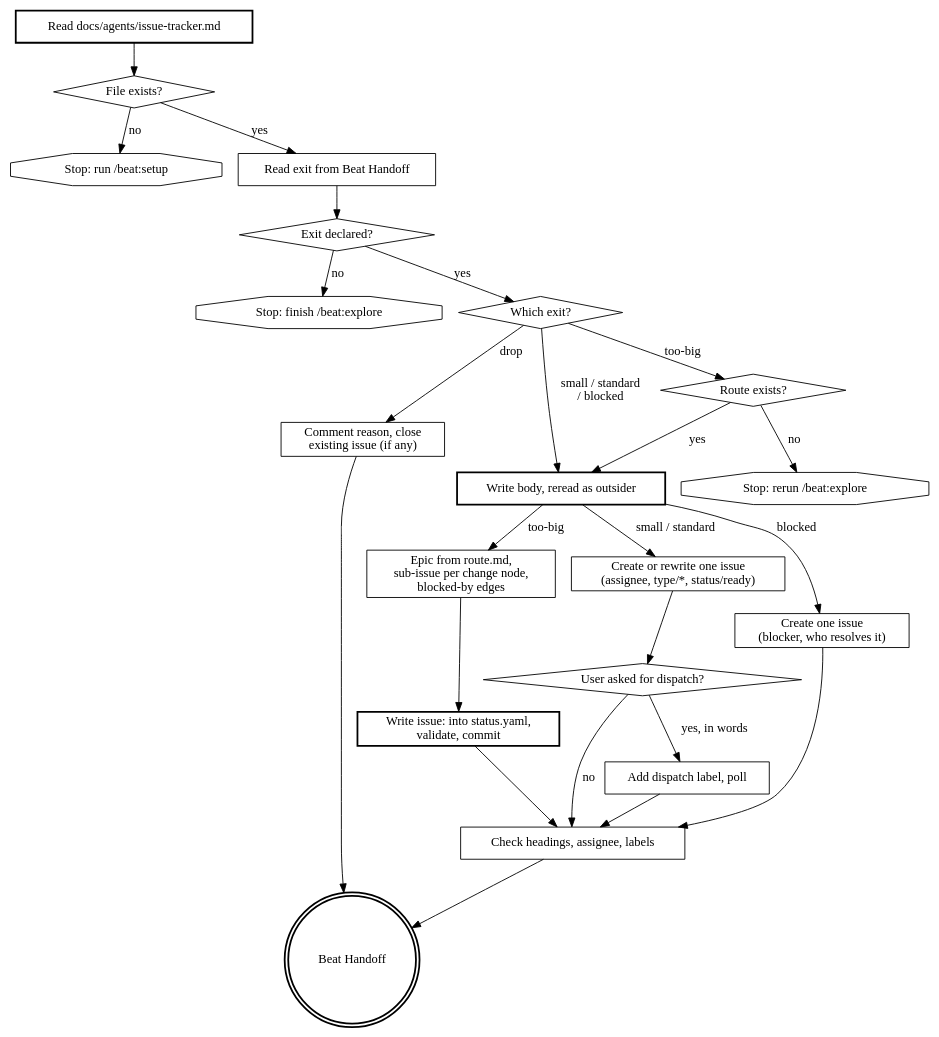
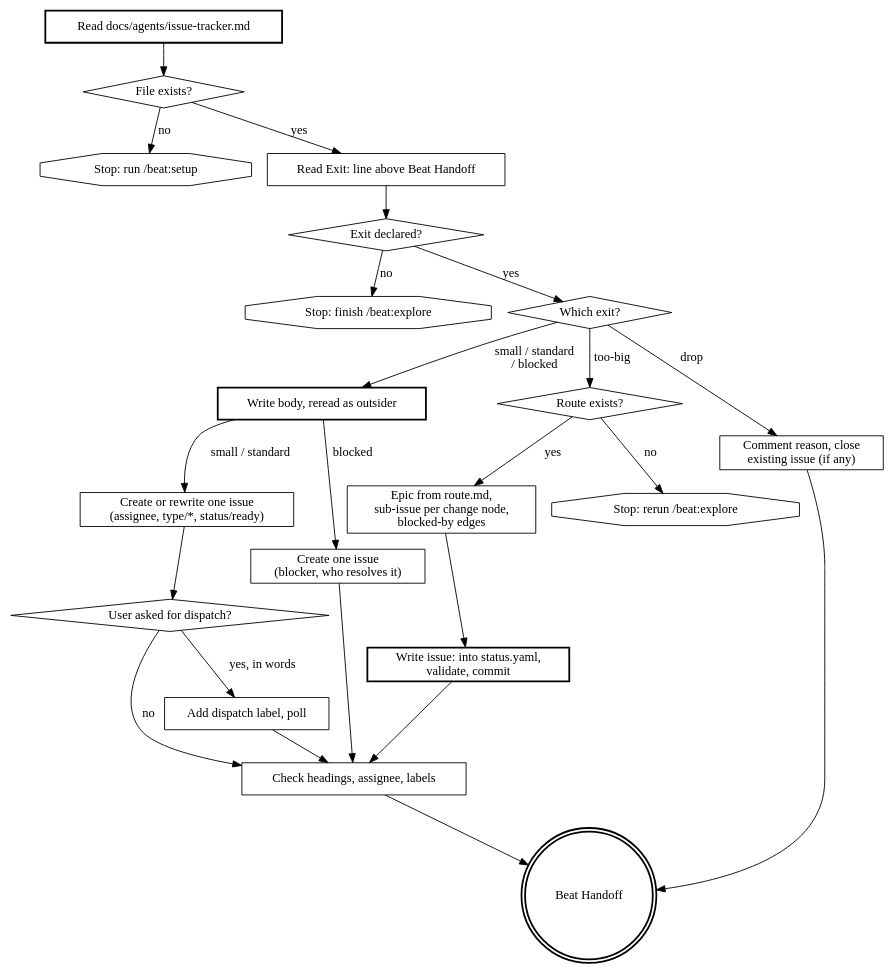
Before and after one commit to kirkchen/beat: the diagram in skills/to-issue/SKILL.md, drawn with Graphviz. The commit also changed other lines of this file and 11 other files, not shown here.

First line of the commit message:
fix(explore): print an Exit: line above the handoff block for /beat:to-issue

````diff
--- a/skills/to-issue/SKILL.md
+++ b/skills/to-issue/SKILL.md
@@ -79,47 +79,46 @@
 ```dot
 digraph to_issue {
     "Read docs/agents/issue-tracker.md" [shape=box, style=bold];
     "File exists?" [shape=diamond];
     "Stop: run /beat:setup" [shape=octagon];
-    "Read exit from Beat Handoff" [shape=box];
+    "Read Exit: line above Beat Handoff" [shape=box];
     "Exit declared?" [shape=diamond];
     "Stop: finish /beat:explore" [shape=octagon];
     "Which exit?" [shape=diamond];
     "Write body, reread as outsider" [shape=box, style=bold];
     "Create or rewrite one issue\n(assignee, type/*, status/ready)" [shape=box];
     "Create one issue\n(blocker, who resolves it)" [shape=box];
     "Comment reason, close\nexisting issue (if any)" [shape=box];
     "Route exists?" [shape=diamond];
     "Stop: rerun /beat:explore" [shape=octagon];
     "Epic from route.md,\nsub-issue per change node,\nblocked-by edges" [shape=box];
     "Write issue: into status.yaml,\nvalidate, commit" [shape=box, style=bold];
     "User asked for dispatch?" [shape=diamond];
     "Add dispatch label, poll" [shape=box];
     "Check headings, assignee, labels" [shape=box];
     "Beat Handoff" [shape=doublecircle, style=bold];
 
     "Read docs/agents/issue-tracker.md" -> "File exists?";
     "File exists?" -> "Stop: run /beat:setup" [label="no"];
-    "File exists?" -> "Read exit from Beat Handoff" [label="yes"];
-    "Read exit from Beat Handoff" -> "Exit declared?";
+    "File exists?" -> "Read Exit: line above Beat Handoff" [label="yes"];
+    "Read Exit: line above Beat Handoff" -> "Exit declared?";
     "Exit declared?" -> "Stop: finish /beat:explore" [label="no"];
     "Exit declared?" -> "Which exit?" [label="yes"];
     "Which exit?" -> "Write body, reread as outsider" [label="small / standard\n/ blocked"];
     "Which exit?" -> "Comment reason, close\nexisting issue (if any)" [label="drop"];
     "Which exit?" -> "Route exists?" [label="too-big"];
     "Write body, reread as outsider" -> "Create or rewrite one issue\n(assignee, type/*, status/ready)" [label="small / standard"];
     "Write body, reread as outsider" -> "Create one issue\n(blocker, who resolves it)" [label="blocked"];
     "Route exists?" -> "Stop: rerun /beat:explore" [label="no"];
-    "Route exists?" -> "Write body, reread as outsider" [label="yes"];
-    "Write body, reread as outsider" -> "Epic from route.md,\nsub-issue per change node,\nblocked-by edges" [label="too-big"];
+    "Route exists?" -> "Epic from route.md,\nsub-issue per change node,\nblocked-by edges" [label="yes"];
     "Epic from route.md,\nsub-issue per change node,\nblocked-by edges" -> "Write issue: into status.yaml,\nvalidate, commit";
     "Create or rewrite one issue\n(assignee, type/*, status/ready)" -> "User asked for dispatch?";
     "User asked for dispatch?" -> "Add dispatch label, poll" [label="yes, in words"];
     "User asked for dispatch?" -> "Check headings, assignee, labels" [label="no"];
     "Add dispatch label, poll" -> "Check headings, assignee, labels";
     "Create one issue\n(blocker, who resolves it)" -> "Check headings, assignee, labels";
     "Write issue: into status.yaml,\nvalidate, commit" -> "Check headings, assignee, labels";
     "Comment reason, close\nexisting issue (if any)" -> "Beat Handoff";
     "Check headings, assignee, labels" -> "Beat Handoff";
 }
 ```
````
